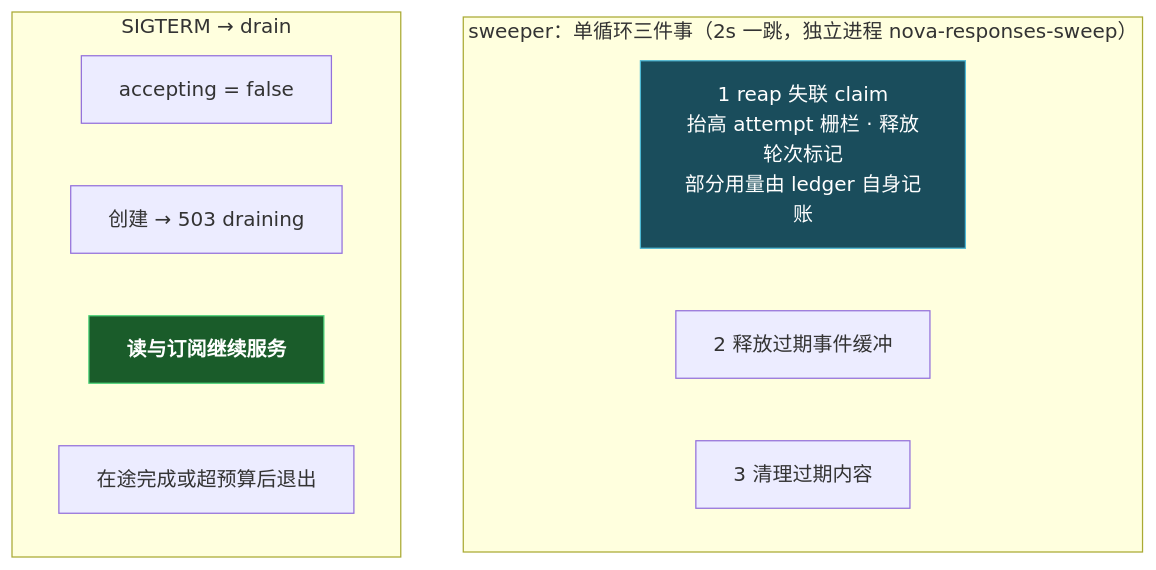
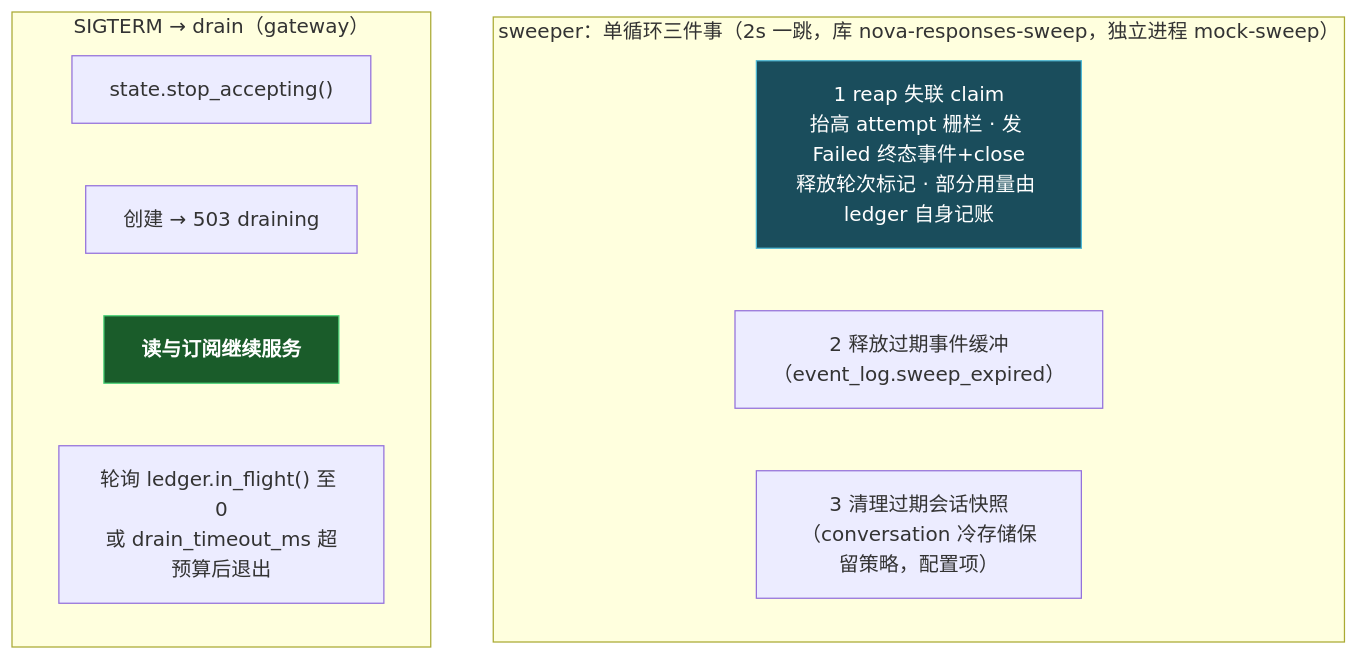
Before and after one commit to charleslyh/nova-chat: the eighth of 8 diagrams in docs/design/00-architecture-review.md, drawn with Mermaid. The commit also changed other lines of this file and 58 other files, not shown here.

First line of the commit message:
refactor(responses): split storage per D30 — responses on event stream, conversation holds durable snapshot

````diff
--- a/docs/design/00-architecture-review.md
+++ b/docs/design/00-architecture-review.md
@@ -602,18 +608,18 @@
 ```mermaid
 graph TB
-    subgraph SW["sweeper：单循环三件事（2s 一跳，独立进程 nova-responses-sweep）"]
-        T1["1 reap 失联 claim<br/>抬高 attempt 栅栏 · 释放轮次标记<br/>部分用量由 ledger 自身记账"]
-        T2["2 释放过期事件缓冲"]
-        T3["3 清理过期内容"]
+    subgraph SW["sweeper：单循环三件事（2s 一跳，库 nova-responses-sweep，独立进程 mock-sweep）"]
+        T1["1 reap 失联 claim<br/>抬高 attempt 栅栏 · 发 Failed 终态事件+close<br/>释放轮次标记 · 部分用量由 ledger 自身记账"]
+        T2["2 释放过期事件缓冲（event_log.sweep_expired）"]
+        T3["3 清理过期会话快照（conversation 冷存储保留策略，配置项）"]
     end
 
-    subgraph DR["SIGTERM → drain"]
-        D1["accepting = false"]
+    subgraph DR["SIGTERM → drain（gateway）"]
+        D1["state.stop_accepting()"]
         D2["创建 → 503 draining"]
         D3["<b>读与订阅继续服务</b>"]
-        D4["在途完成或超预算后退出"]
+        D4["轮询 ledger.in_flight() 至 0<br/>或 drain_timeout_ms 超预算后退出"]
     end
 
     style T1 fill:#1a4d5c,stroke:#4db8d4,color:#fff
     style D3 fill:#1a5c2a,stroke:#4dd47a,color:#fff
 ```
````
